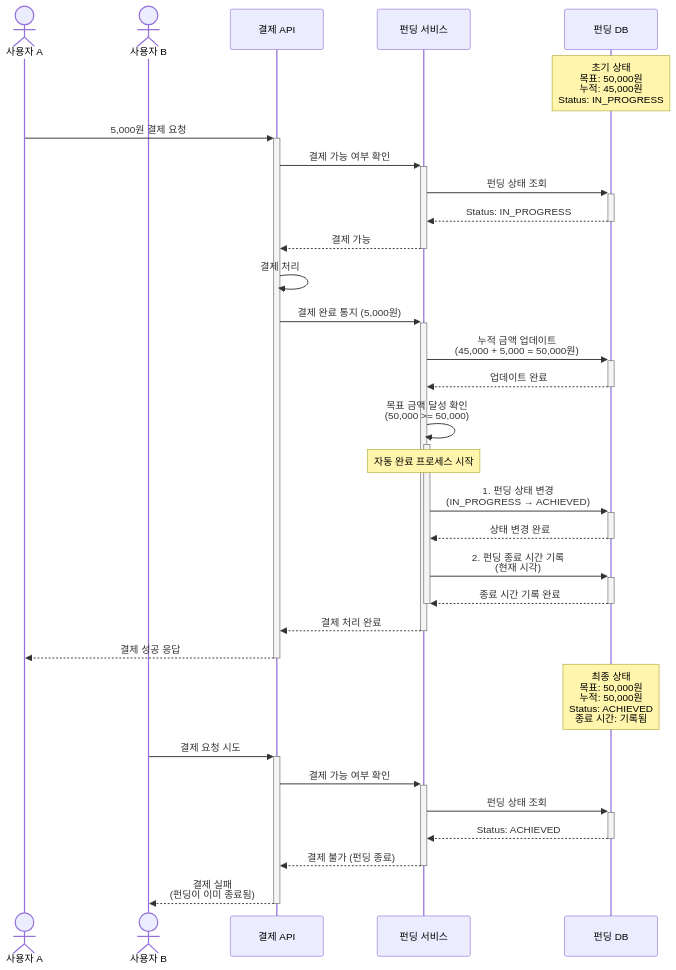
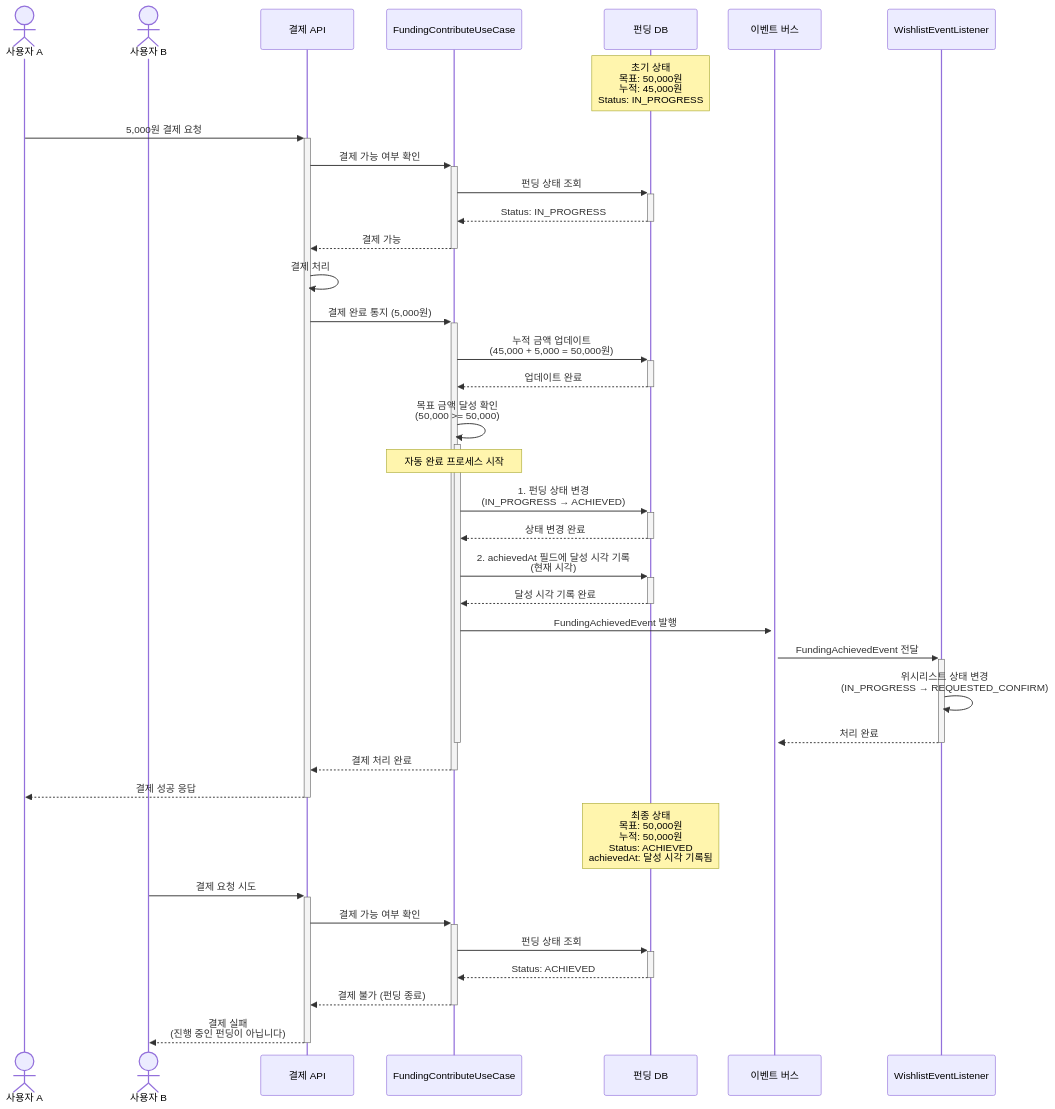
The diagram in docs/sequences/4.3-funding-completion.md (prgrms-be-adv-devcourse/beadv4_4_Team201_BE), drawn with Mermaid before and after one commit. The commit also changed other lines of this file and 48 other files, not shown here.

````diff
--- a/docs/sequences/4.3-funding-completion.md
+++ b/docs/sequences/4.3-funding-completion.md
@@ -5,49 +5,56 @@
 ```mermaid
 sequenceDiagram
     actor UserA as 사용자 A
     actor UserB as 사용자 B
     participant PaymentAPI as 결제 API
-    participant FundingService as 펀딩 서비스
+    participant FundingService as FundingContributeUseCase
     participant FundingDB as 펀딩 DB
+    participant EventBus as 이벤트 버스
+    participant Wishlist as WishlistEventListener
 
     Note over FundingDB: 초기 상태<br/>목표: 50,000원<br/>누적: 45,000원<br/>Status: IN_PROGRESS
 
     %% 사용자 A의 결제 프로세스
     UserA->>+PaymentAPI: 5,000원 결제 요청
     PaymentAPI->>+FundingService: 결제 가능 여부 확인
     FundingService->>+FundingDB: 펀딩 상태 조회
     FundingDB-->>-FundingService: Status: IN_PROGRESS
     FundingService-->>-PaymentAPI: 결제 가능
 
     PaymentAPI->>PaymentAPI: 결제 처리
     PaymentAPI->>+FundingService: 결제 완료 통지 (5,000원)
 
     FundingService->>+FundingDB: 누적 금액 업데이트<br/>(45,000 + 5,000 = 50,000원)
     FundingDB-->>-FundingService: 업데이트 완료
 
     %% 목표 달성 확인 및 자동 완료 처리
     FundingService->>FundingService: 목표 금액 달성 확인<br/>(50,000 >= 50,000)
 
     activate FundingService
     Note over FundingService: 자동 완료 프로세스 시작
 
     FundingService->>+FundingDB: 1. 펀딩 상태 변경<br/>(IN_PROGRESS → ACHIEVED)
     FundingDB-->>-FundingService: 상태 변경 완료
 
-    FundingService->>+FundingDB: 2. 펀딩 종료 시간 기록<br/>(현재 시각)
-    FundingDB-->>-FundingService: 종료 시간 기록 완료
+    FundingService->>+FundingDB: 2. achievedAt 필드에 달성 시각 기록<br/>(현재 시각)
+    FundingDB-->>-FundingService: 달성 시각 기록 완료
+
+    FundingService->>+EventBus: FundingAchievedEvent 발행
+    EventBus->>+Wishlist: FundingAchievedEvent 전달
+    Wishlist->>Wishlist: 위시리스트 상태 변경<br/>(IN_PROGRESS → REQUESTED_CONFIRM)
+    Wishlist-->>-EventBus: 처리 완료
     deactivate FundingService
 
     FundingService-->>-PaymentAPI: 결제 처리 완료
     PaymentAPI-->>-UserA: 결제 성공 응답
 
-    Note over FundingDB: 최종 상태<br/>목표: 50,000원<br/>누적: 50,000원<br/>Status: ACHIEVED<br/>종료 시간: 기록됨
+    Note over FundingDB: 최종 상태<br/>목표: 50,000원<br/>누적: 50,000원<br/>Status: ACHIEVED<br/>achievedAt: 달성 시각 기록됨
 
     %% 후속 결제 시도 차단
     UserB->>+PaymentAPI: 결제 요청 시도
     PaymentAPI->>+FundingService: 결제 가능 여부 확인
     FundingService->>+FundingDB: 펀딩 상태 조회
     FundingDB-->>-FundingService: Status: ACHIEVED
     FundingService-->>-PaymentAPI: 결제 불가 (펀딩 종료)
-    PaymentAPI-->>-UserB: 결제 실패<br/>(펀딩이 이미 종료됨)
+    PaymentAPI-->>-UserB: 결제 실패<br/>(진행 중인 펀딩이 아닙니다)
 ```
````
